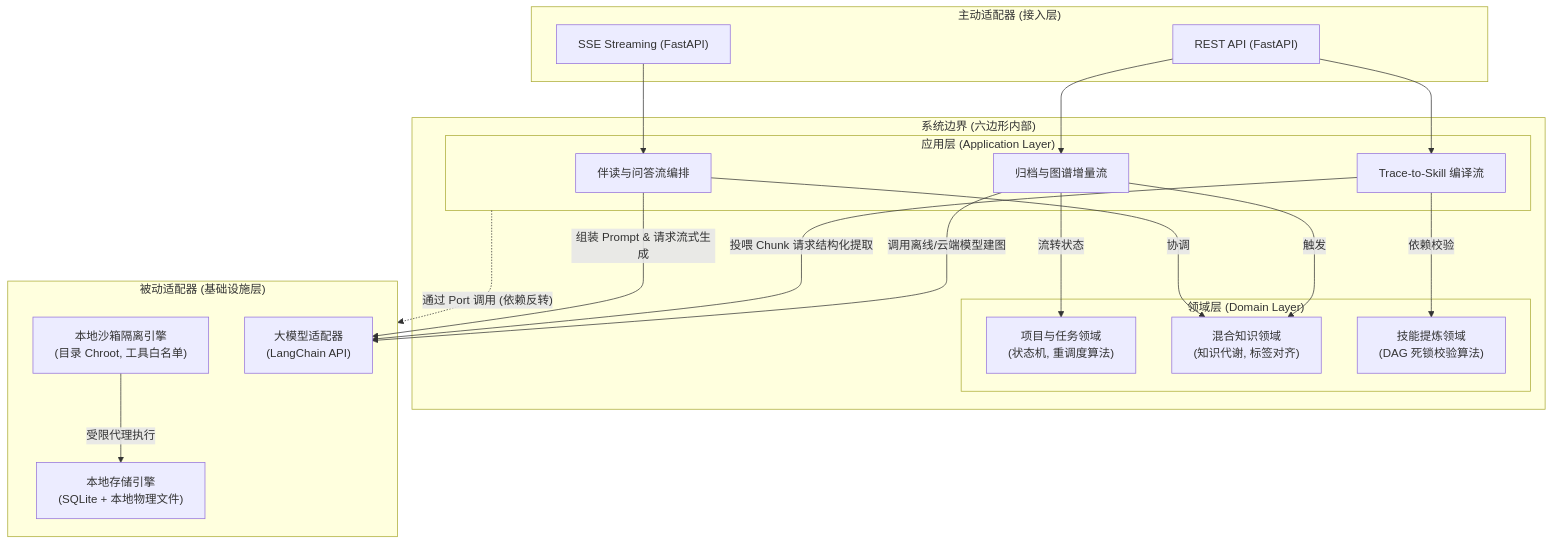
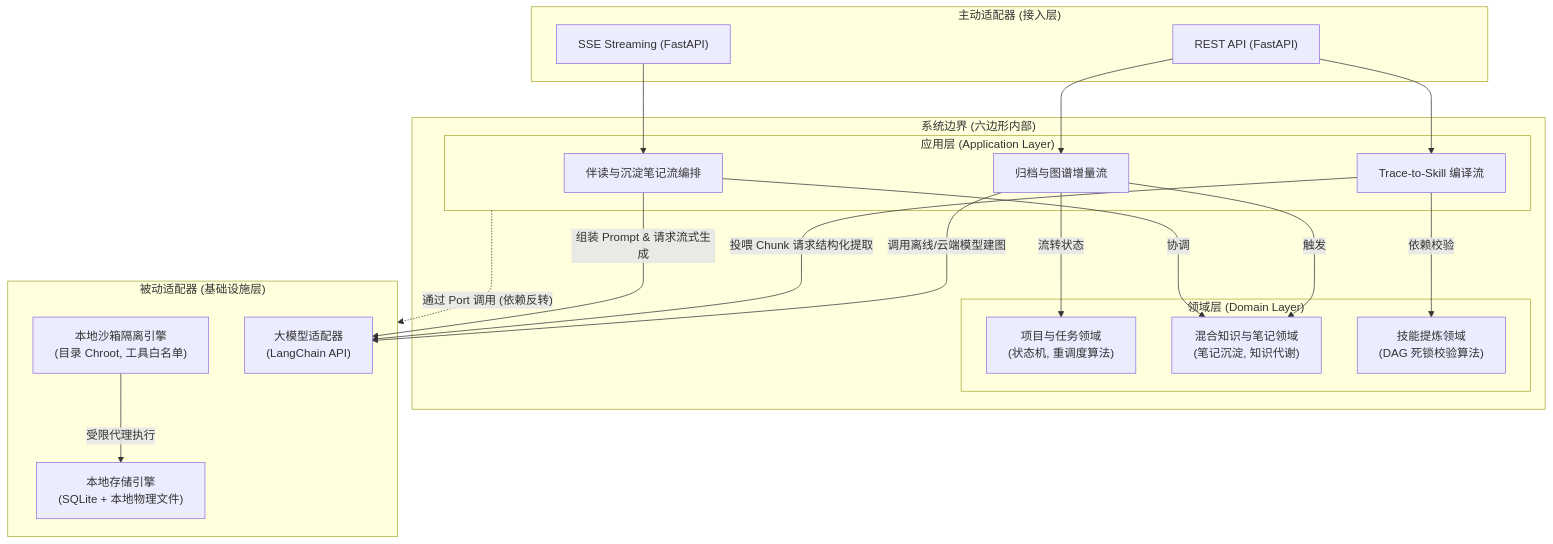
Before and after one commit to shanglihong/i-have-a-plan: the first of 3 diagrams in docs/06_system_architecture/backend_design_spec_v1.0.md, drawn with Mermaid. The commit also changed other lines of this file, not shown here.

Commit message:
docs: update backend design specification to reflect latest architectural changes

````diff
--- a/docs/06_system_architecture/backend_design_spec_v1.0.md
+++ b/docs/06_system_architecture/backend_design_spec_v1.0.md
@@ -62,46 +62,46 @@
 ```mermaid
 graph TD
     subgraph DrivingAdapters ["主动适配器 (接入层)"]
         REST["REST API (FastAPI)"]
         SSE["SSE Streaming (FastAPI)"]
     end
 
     subgraph Hexagon ["系统边界 (六边形内部)"]
         subgraph AppLayer ["应用层 (Application Layer)"]
-            UC1["伴读与问答流编排"]
+            UC1["伴读与沉淀笔记流编排"]
             UC2["Trace-to-Skill 编译流"]
             UC3["归档与图谱增量流"]
         end
 
         subgraph DomainLayer ["领域层 (Domain Layer)"]
             PTO["项目与任务领域<br>(状态机, 重调度算法)"]
-            HKE["混合知识领域<br>(知识代谢, 标签对齐)"]
+            HKE["混合知识与笔记领域<br>(笔记沉淀, 知识代谢)"]
             SCS["技能提炼领域<br>(DAG 死锁校验算法)"]
         end
         
         UC1 -->|协调| HKE
         UC2 -->|依赖校验| SCS
         UC3 -->|流转状态| PTO
         UC3 -->|触发| HKE
     end
 
     subgraph DrivenAdapters ["被动适配器 (基础设施层)"]
         Sandbox["本地沙箱隔离引擎<br>(目录 Chroot, 工具白名单)"]
         DB["本地存储引擎<br>(SQLite + 本地物理文件)"]
         LLM["大模型适配器<br>(LangChain API)"]
     end
 
     %% 驱动流
     REST --> UC2
     REST --> UC3
     SSE --> UC1
     
     %% 依赖反转 (运行时通过接口调用)
     AppLayer -.->|"通过 Port 调用 (依赖反转)"| DrivenAdapters
     
     %% 核心执行层交互 (大模型与沙箱调用)
     UC1 -->|组装 Prompt & 请求流式生成| LLM
     UC2 -->|投喂 Chunk 请求结构化提取| LLM
     UC3 -->|调用离线/云端模型建图| LLM
     Sandbox -->|受限代理执行| DB
 ```
````
